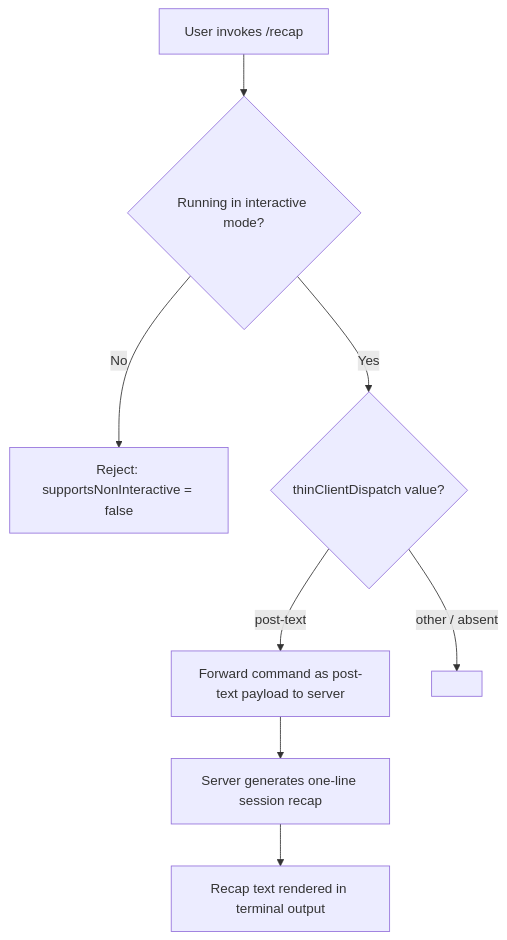
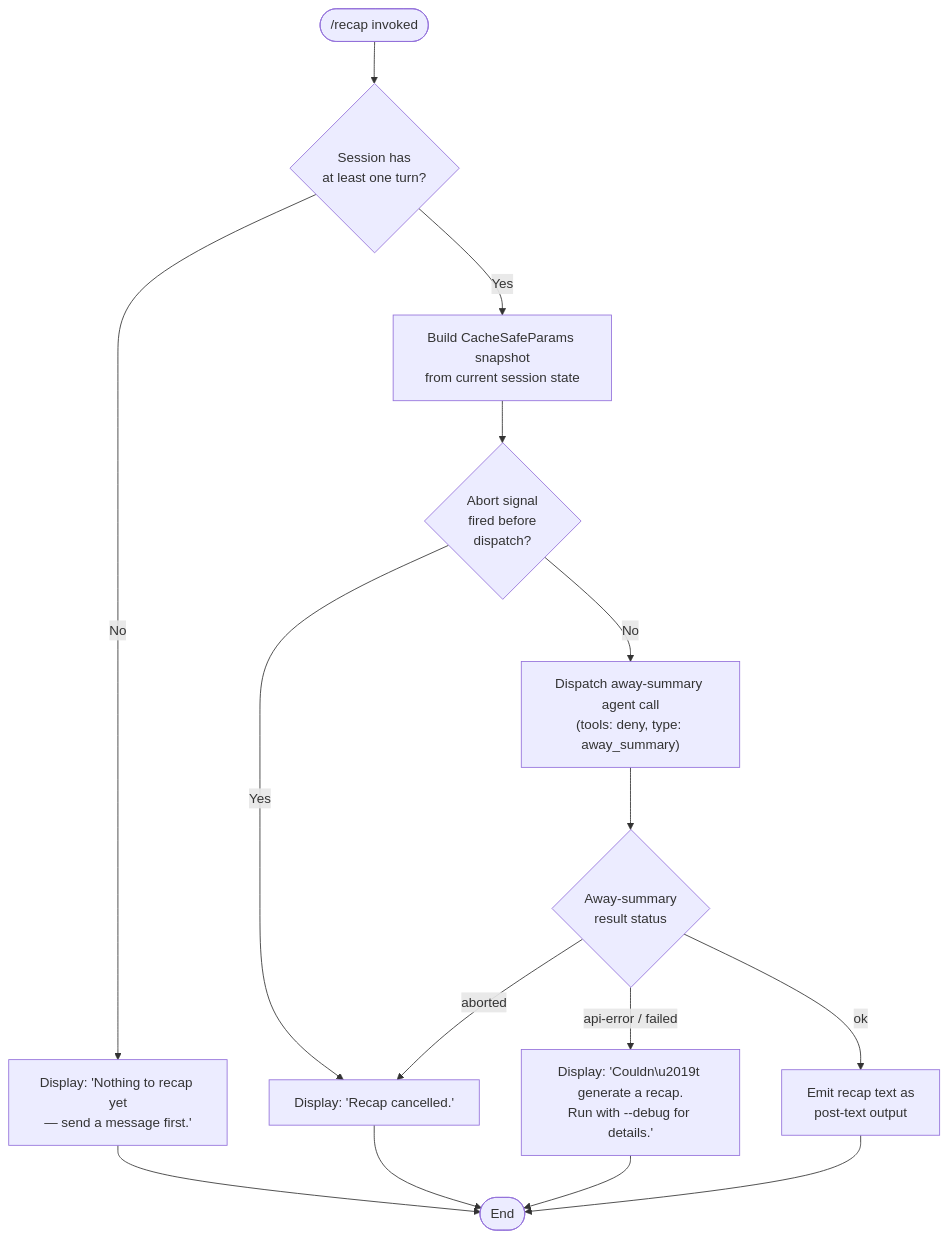
Before and after one commit to MyLittleLuckyDog/cc-gnothi: the diagram in versions/v2.1.143/recap.md, drawn with Mermaid. The commit also changed other lines of this file and 483 other files, not shown here.

````diff
--- a/versions/v2.1.143/recap.md
+++ b/versions/v2.1.143/recap.md
@@ -46,10 +56,17 @@
 ```mermaid
 flowchart TD
-    A[User invokes /recap] --> B{Running in interactive mode?}
-    B -- No --> C[Reject: supportsNonInteractive = false]
-    B -- Yes --> D{thinClientDispatch value?}
-    D -- post-text --> E[Forward command as post-text payload to server]
-    E --> F[Server generates one-line session recap]
-    F --> G[Recap text rendered in terminal output]
-    D -- other / absent --> H[<!-- TODO: not found in depth-2 traversal; needs --depth 4 -->]
+    A(["/recap invoked"]) --> B{Session has\nat least one turn?}
+    B -- No --> C["Display: 'Nothing to recap yet\n— send a message first.'"]
+    C --> Z([End])
+    B -- Yes --> D["Build CacheSafeParams snapshot\nfrom current session state"]
+    D --> E{Abort signal\nfired before\ndispatch?}
+    E -- Yes --> F["Display: 'Recap cancelled.'"]
+    F --> Z
+    E -- No --> G["Dispatch away-summary agent call\n(tools: deny, type: away_summary)"]
+    G --> H{Away-summary\nresult status}
+    H -- aborted --> F
+    H -- api-error / failed --> I["Display: 'Couldn\u2019t generate a recap.\nRun with --debug for details.'"]
+    I --> Z
+    H -- ok --> J["Emit recap text as\npost-text output"]
+    J --> Z
 ```
````
